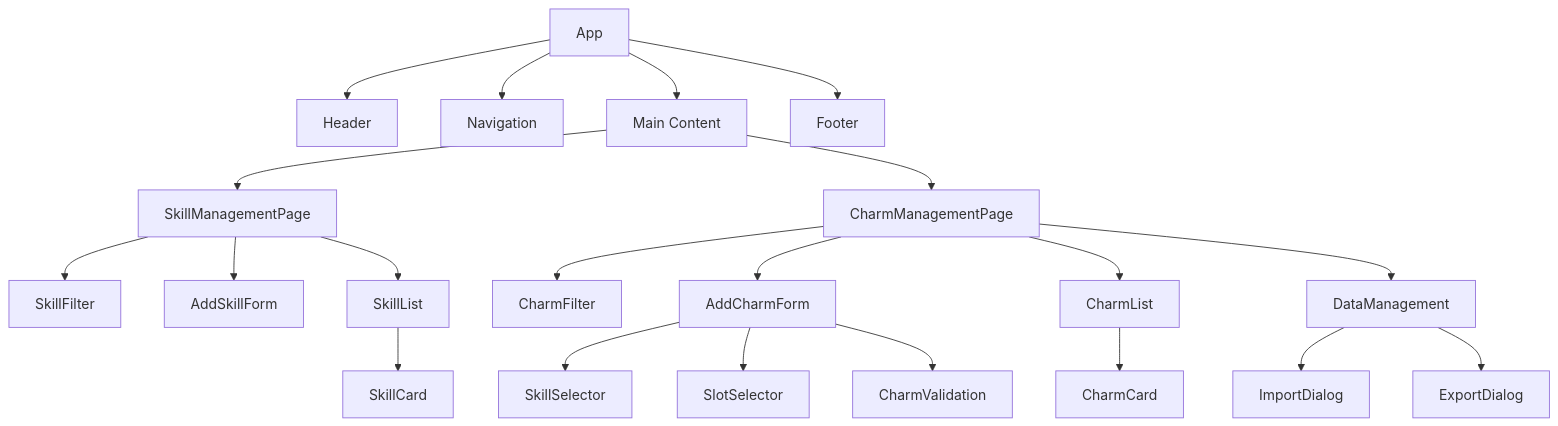
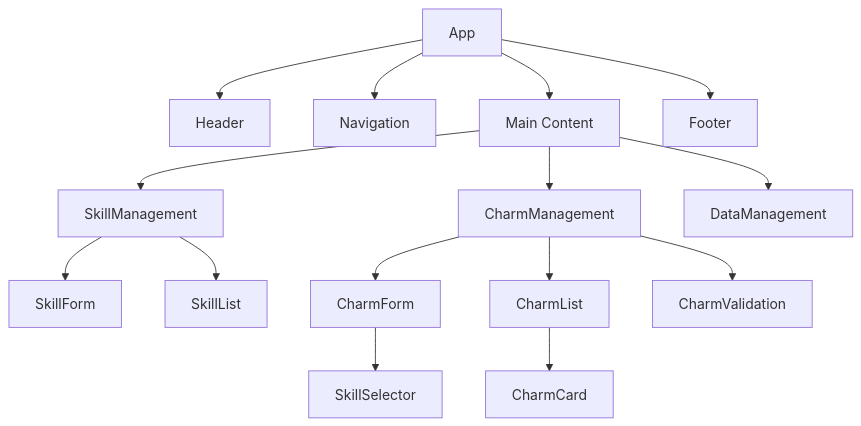
The first of 3 diagrams in ARCHITECTURE.md (mooonseeker/mhws-charm-manager), drawn with Mermaid before and after one commit. The commit also changed other lines of this file and 1 other file, not shown here.

Commit message:
📃 docs: update readme and architecture docs

````diff
--- a/ARCHITECTURE.md
+++ b/ARCHITECTURE.md
@@ -268,29 +303,22 @@
 ```mermaid
 graph TD
     A[App] --> B[Header]
     A --> C[Navigation]
     A --> D[Main Content]
     A --> E[Footer]
-    
-    D --> F[SkillManagementPage]
-    D --> G[CharmManagementPage]
-    
-    F --> H[SkillFilter]
-    F --> I[AddSkillForm]
+
+    D --> F[SkillManagement]
+    D --> G[CharmManagement]
+    D --> H[DataManagement]
+
+    F --> I[SkillForm]
     F --> J[SkillList]
-    J --> K[SkillCard]
-    
-    G --> L[CharmFilter]
-    G --> M[AddCharmForm]
-    G --> N[CharmList]
-    G --> O[DataManagement]
-    
-    M --> P[SkillSelector]
-    M --> Q[SlotSelector]
-    M --> R[CharmValidation]
-    
-    N --> S[CharmCard]
-    
-    O --> T[ImportDialog]
-    O --> U[ExportDialog]
+
+    G --> K[CharmForm]
+    G --> L[CharmList]
+    G --> M[CharmValidation]
+
+    K --> N[SkillSelector]
+
+    L --> O[CharmCard]
 ```
````
